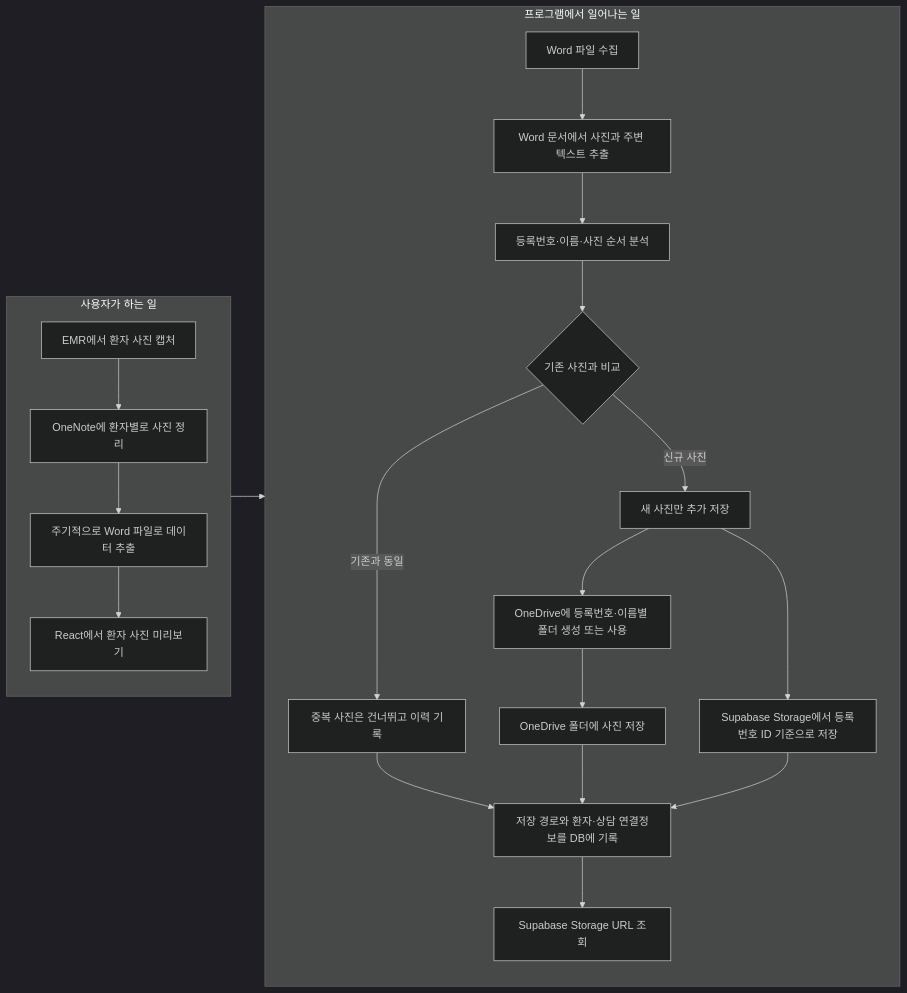
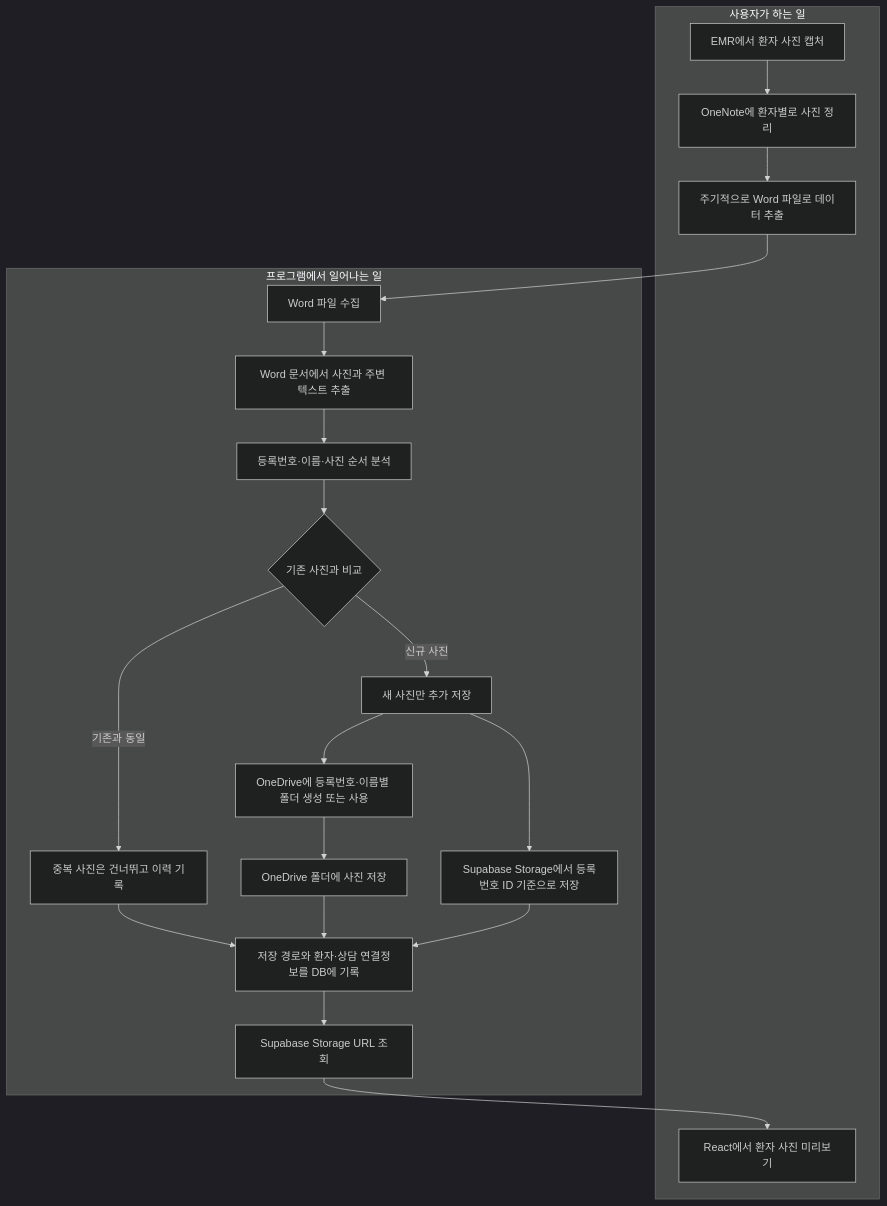
One commit to wnghgpt/z_consult changed the second of 3 diagrams in docs/README.md. Above: the diagram before and after it, drawn with Mermaid (dark theme).

Commit message:
docs: restore photo workflow diagram

````diff
--- a/docs/README.md
+++ b/docs/README.md
@@ -41,36 +41,33 @@
 ```mermaid
-flowchart LR
+flowchart TB
     subgraph USER[사용자가 하는 일]
-        direction TB
         U1[EMR에서 환자 사진 캡처]
         U2[OneNote에 환자별로 사진 정리]
         U3[주기적으로 Word 파일로 데이터 추출]
         U4[React에서 환자 사진 미리보기]
-        U1 --> U2 --> U3 --> U4
     end
 
     subgraph SYSTEM[프로그램에서 일어나는 일]
-        direction TB
         S1[Word 파일 수집]
         S2[Word 문서에서 사진과 주변 텍스트 추출]
         S3[등록번호·이름·사진 순서 분석]
         S4{기존 사진과 비교}
         S5[새 사진만 추가 저장]
         S6[중복 사진은 건너뛰고 이력 기록]
         S7[OneDrive에 등록번호·이름별 폴더 생성 또는 사용]
         S8[OneDrive 폴더에 사진 저장]
         S9[Supabase Storage에서 등록번호 ID 기준으로 저장]
         S10[저장 경로와 환자·상담 연결정보를 DB에 기록]
         S11[Supabase Storage URL 조회]
-        S1 --> S2 --> S3 --> S4
-        S4 -->|신규 사진| S5
-        S4 -->|기존과 동일| S6
-        S5 --> S7 --> S8
-        S5 --> S9
-        S6 --> S10
-        S8 --> S10
-        S9 --> S10 --> S11
     end
 
-    USER --> SYSTEM
+    U1 --> U2 --> U3 --> S1
+    S1 --> S2 --> S3 --> S4
+    S4 -->|신규 사진| S5
+    S4 -->|기존과 동일| S6
+    S5 --> S7 --> S8
+    S5 --> S9
+    S6 --> S10
+    S8 --> S10
+    S9 --> S10 --> S11 --> U4
 ```
````
